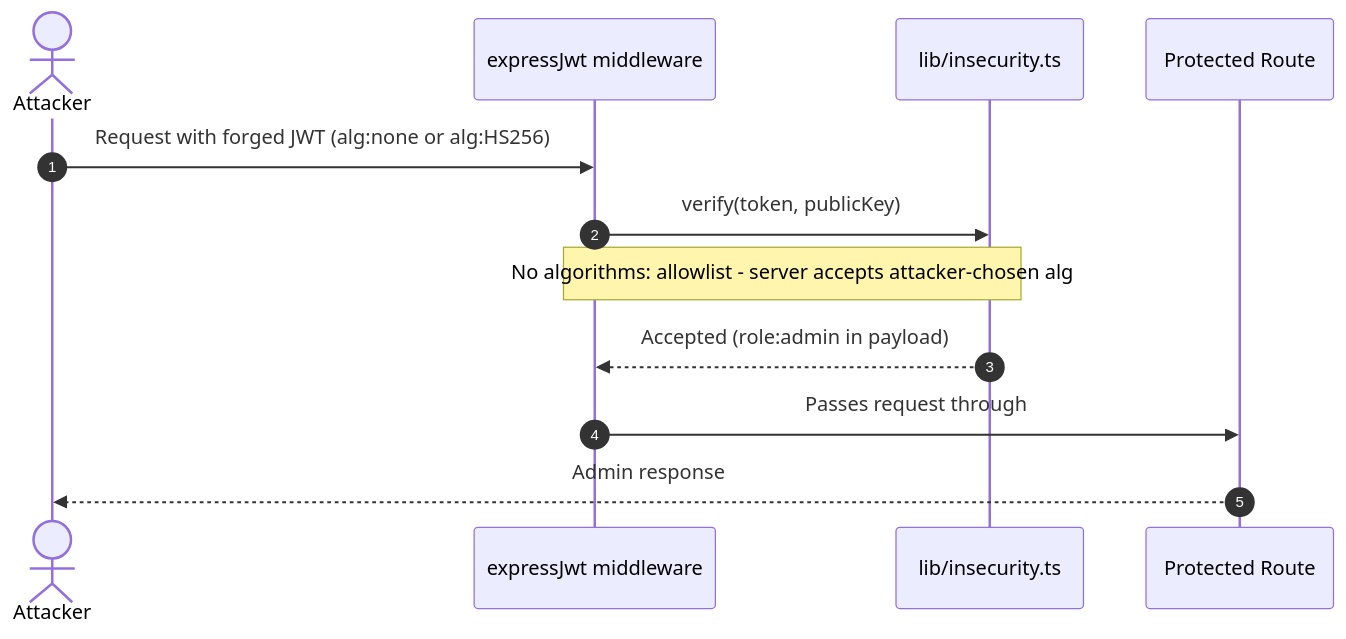
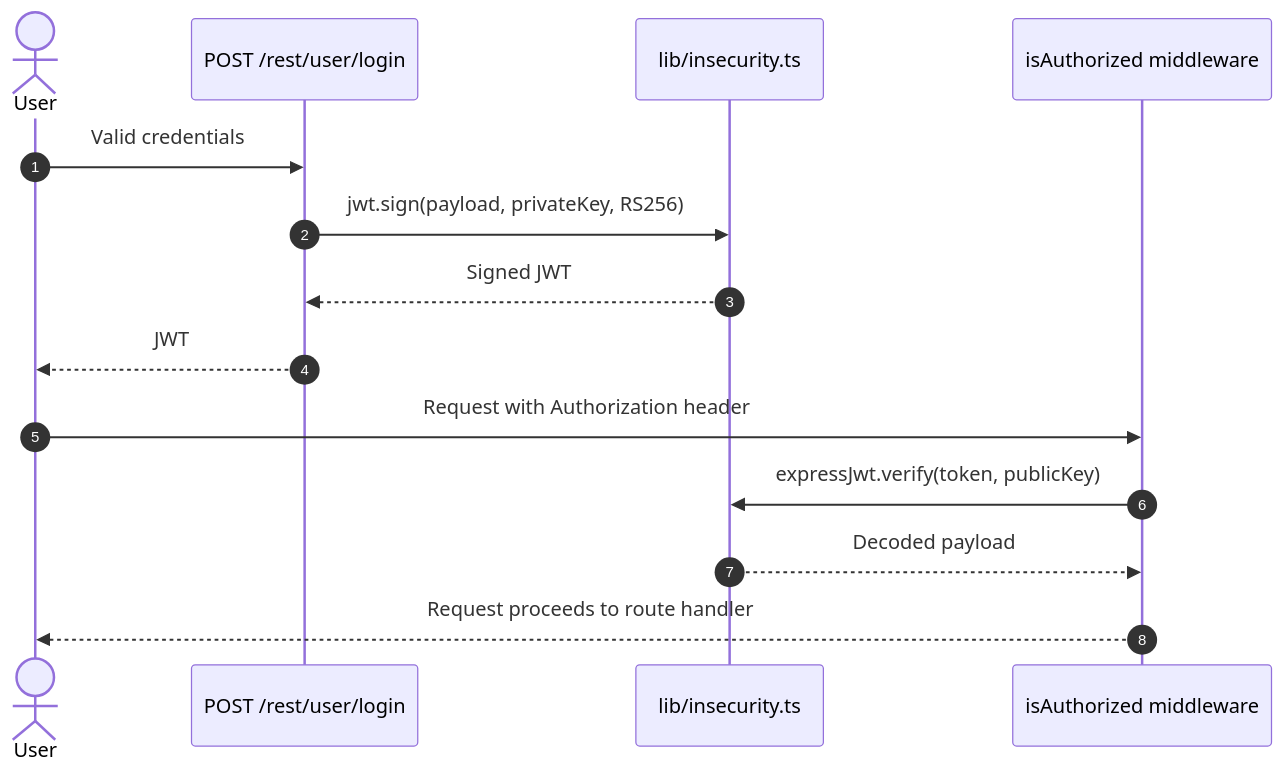
One commit to appsec-foundry/appsec-advisor-examples changed diagram 14 of 14 in threat-modeler/threat-model-juice-shop-thorough-v0.6.0b4.md. Above: the diagram before and after it, drawn with Mermaid. The commit also changed other lines of this file and 11 other files, not shown here.

````diff
--- a/threat-modeler/threat-model-juice-shop-thorough-v0.6.0b4.md
+++ b/threat-modeler/threat-model-juice-shop-thorough-v0.6.0b4.md
@@ -1112,15 +1112,18 @@
 ```mermaid
 sequenceDiagram
     autonumber
-    actor Attacker
-    participant MW as expressJwt middleware
-    participant Insecurity as lib/insecurity.ts
-    participant Route as Protected Route
+    actor User
+    participant Login as POST /rest/user/login
+    participant Issuer as lib/insecurity.ts
+    participant MW as isAuthorized middleware
 
-    Attacker->>MW: Request with forged JWT (alg:none or alg:HS256)
-    MW->>Insecurity: verify(token, publicKey)
-    note over MW,Insecurity: No algorithms: allowlist - server accepts attacker-chosen alg
-    Insecurity-->>MW: Accepted (role:admin in payload)
-    MW->>Route: Passes request through
-    Route-->>Attacker: Admin response
+    User->>Login: Valid credentials
+    Login->>Issuer: jwt.sign(payload, privateKey, RS256)
+    Issuer-->>Login: Signed JWT
+    Login-->>User: JWT
+
+    User->>MW: Request with Authorization header
+    MW->>Issuer: expressJwt.verify(token, publicKey)
+    Issuer-->>MW: Decoded payload
+    MW-->>User: Request proceeds to route handler
 ```
````
